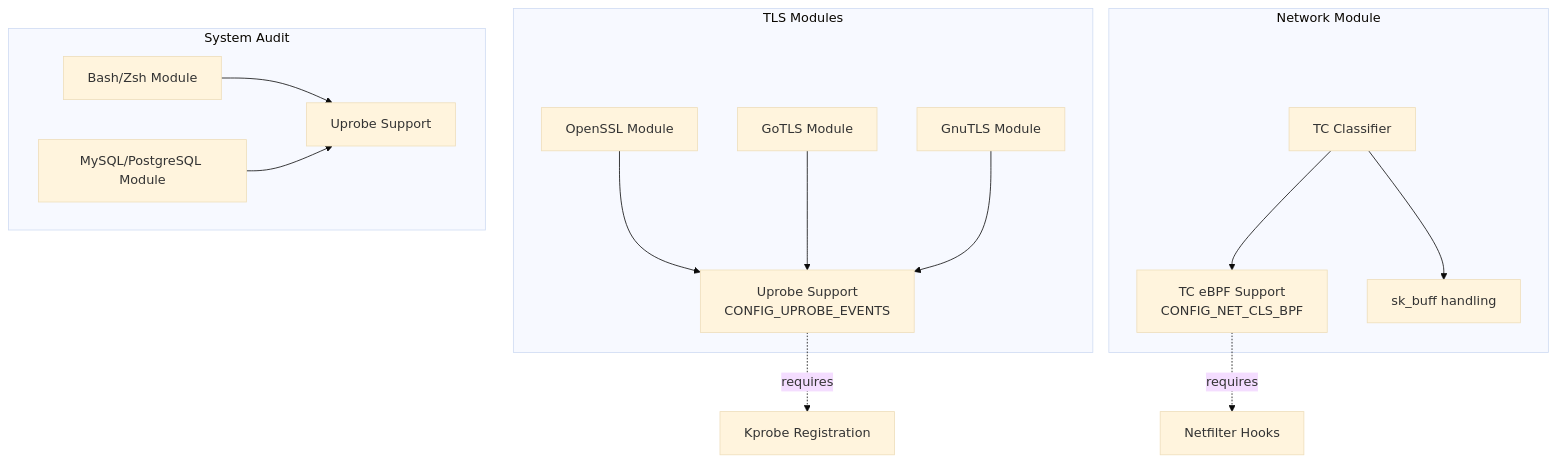
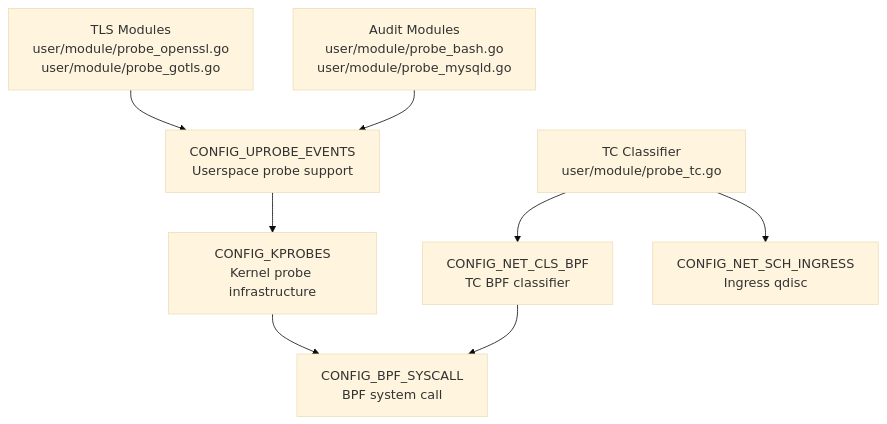
One commit to gojue/ecapture.cc changed the seventh of 9 diagrams in src/en/1-overview/1.3-dependencies-and-system-requirements.md. Above: the diagram before and after it, drawn with Mermaid (base theme). The commit also changed other lines of this file and 70 other files, not shown here.

Commit message:
feat: update sidebar and navigation links for architecture and shell command auditing sections

````diff
--- a/src/en/1-overview/1.3-dependencies-and-system-requirements.md
+++ b/src/en/1-overview/1.3-dependencies-and-system-requirements.md
@@ -295,35 +386,21 @@
 ```mermaid
 graph TB
-    subgraph "TLS Modules"
-        OPENSSL["OpenSSL Module"]
-        GOTLS["GoTLS Module"]
-        GNUTLS["GnuTLS Module"]
-        
-        UPROBE["Uprobe Support<br/>CONFIG_UPROBE_EVENTS"]
-    end
+    MOD_TLS["TLS Modules<br/>user/module/probe_openssl.go<br/>user/module/probe_gotls.go"]
+    MOD_AUDIT["Audit Modules<br/>user/module/probe_bash.go<br/>user/module/probe_mysqld.go"]
+    MOD_TC["TC Classifier<br/>user/module/probe_tc.go"]
     
-    subgraph "Network Module"
-        TC["TC Classifier"]
-        
-        TC_FEATURE["TC eBPF Support<br/>CONFIG_NET_CLS_BPF"]
-        SKB["sk_buff handling"]
-    end
+    UPROBE["CONFIG_UPROBE_EVENTS<br/>Userspace probe support"]
+    KPROBE["CONFIG_KPROBES<br/>Kernel probe infrastructure"]
+    BPF_SYSCALL["CONFIG_BPF_SYSCALL<br/>BPF system call"]
+    NET_CLS_BPF["CONFIG_NET_CLS_BPF<br/>TC BPF classifier"]
+    NET_SCH_INGRESS["CONFIG_NET_SCH_INGRESS<br/>Ingress qdisc"]
     
-    subgraph "System Audit"
-        BASH["Bash/Zsh Module"]
-        DB["MySQL/PostgreSQL Module"]
-        
-        UPROBE2["Uprobe Support"]
-    end
+    MOD_TLS --> UPROBE
+    MOD_AUDIT --> UPROBE
+    UPROBE --> KPROBE
+    KPROBE --> BPF_SYSCALL
     
-    OPENSSL --> UPROBE
-    GOTLS --> UPROBE
-    GNUTLS --> UPROBE
-    BASH --> UPROBE2
-    DB --> UPROBE2
-    TC --> TC_FEATURE
-    TC --> SKB
-    
-    UPROBE -.->|"requires"| KPROBE_REG["Kprobe Registration"]
-    TC_FEATURE -.->|"requires"| NETFILTER["Netfilter Hooks"]
+    MOD_TC --> NET_CLS_BPF
+    MOD_TC --> NET_SCH_INGRESS
+    NET_CLS_BPF --> BPF_SYSCALL
 ```
````
